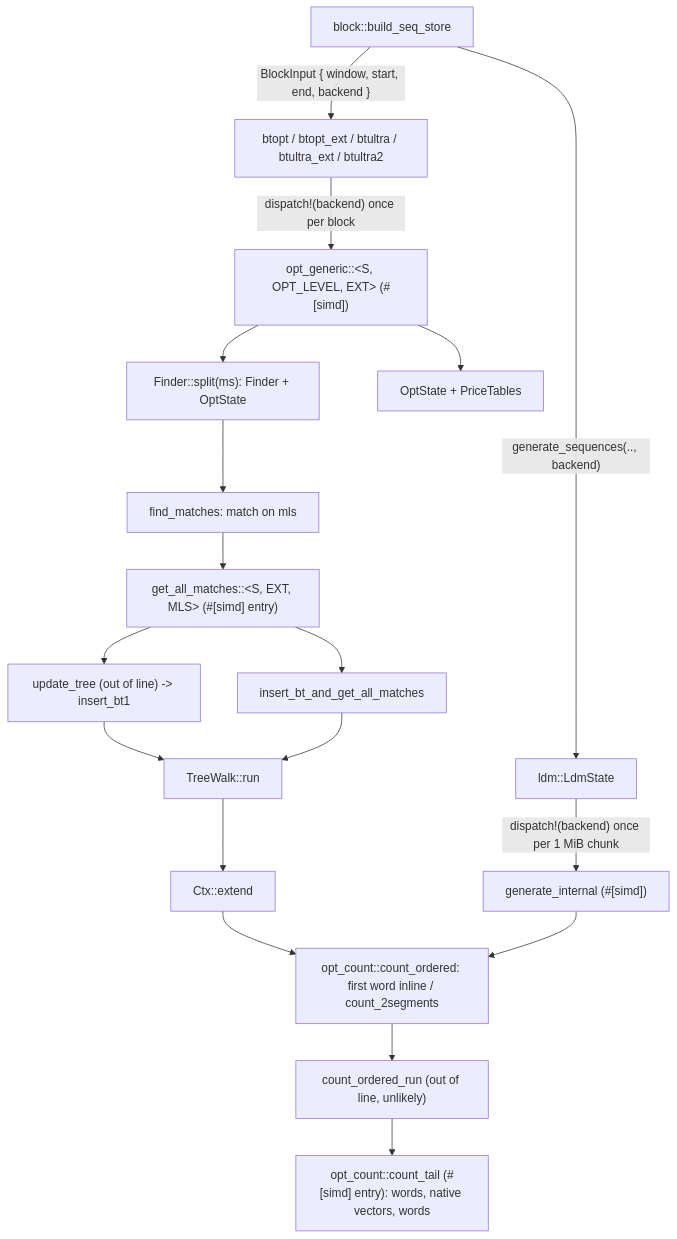
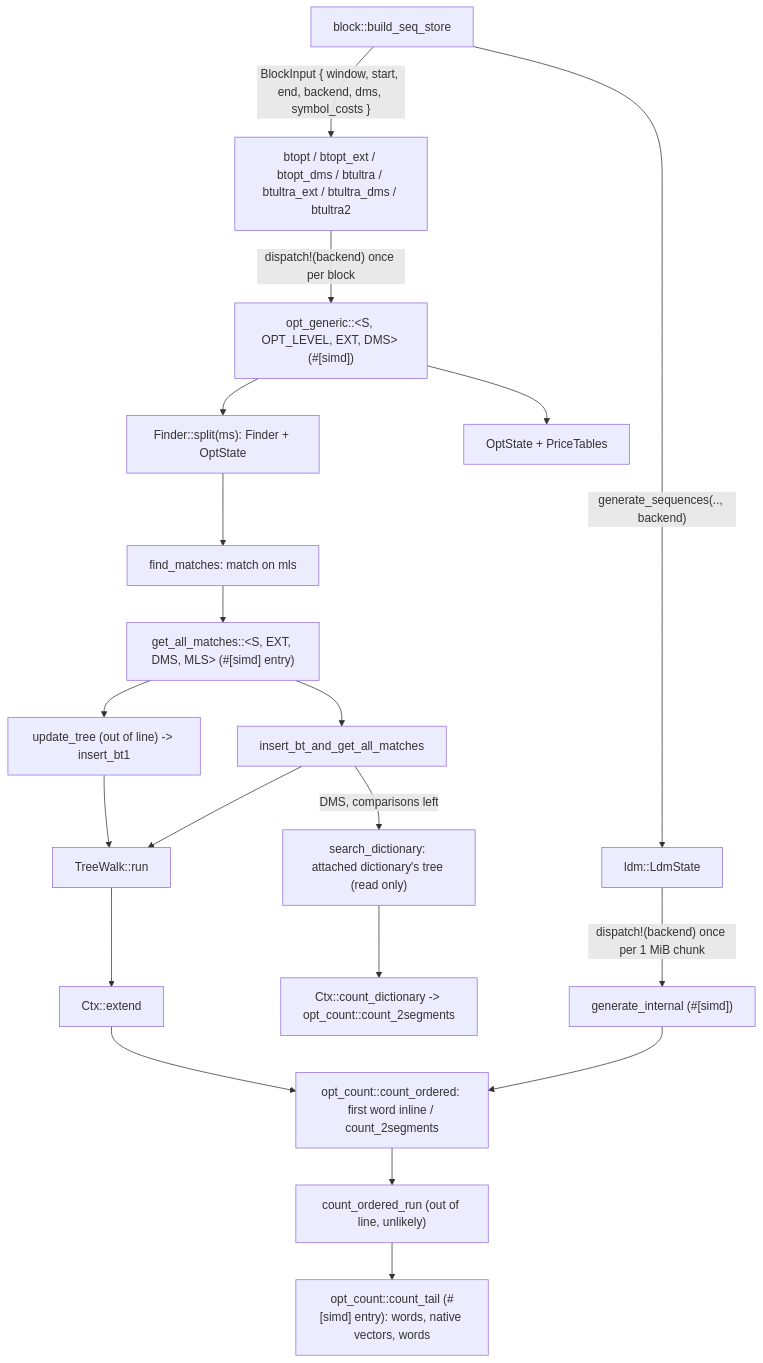
The first of 6 diagrams in architecture/optimal-parser.md (M-Compressors/mzstd), drawn with Mermaid before and after one commit. The commit also changed other lines of this file and 106 other files, not shown here.

````diff
--- a/architecture/optimal-parser.md
+++ b/architecture/optimal-parser.md
@@ -13,20 +13,22 @@
 ```mermaid
 graph TD
-    Block["block::build_seq_store"] -->|"BlockInput { window, start, end, backend }"| Entry["btopt / btopt_ext / btultra / btultra_ext / btultra2"]
+    Block["block::build_seq_store"] -->|"BlockInput { window, start, end, backend, dms, symbol_costs }"| Entry["btopt / btopt_ext / btopt_dms / btultra / btultra_ext / btultra_dms / btultra2"]
     Block -->|"generate_sequences(.., backend)"| Ldm["ldm::LdmState"]
-    Entry -->|"dispatch!(backend) once per block"| Parser["opt_generic::&lt;S, OPT_LEVEL, EXT&gt; (#[simd])"]
+    Entry -->|"dispatch!(backend) once per block"| Parser["opt_generic::&lt;S, OPT_LEVEL, EXT, DMS&gt; (#[simd])"]
     Parser --> Split["Finder::split(ms): Finder + OptState"]
     Split --> Find["find_matches: match on mls"]
-    Find --> Gam["get_all_matches::&lt;S, EXT, MLS&gt; (#[simd] entry)"]
+    Find --> Gam["get_all_matches::&lt;S, EXT, DMS, MLS&gt; (#[simd] entry)"]
     Gam --> Update["update_tree (out of line) -> insert_bt1"]
     Gam --> Search["insert_bt_and_get_all_matches"]
     Update --> Walk["TreeWalk::run"]
     Search --> Walk
     Walk --> Ctx["Ctx::extend"]
+    Search -->|"DMS, comparisons left"| Dict["search_dictionary: attached dictionary's tree (read only)"]
+    Dict --> Count2["Ctx::count_dictionary -> opt_count::count_2segments"]
     Ctx --> Count["opt_count::count_ordered: first word inline / count_2segments"]
     Count --> Run["count_ordered_run (out of line, unlikely)"]
     Run --> Tail["opt_count::count_tail (#[simd] entry): words, native vectors, words"]
     Parser --> Prices["OptState + PriceTables"]
     Ldm -->|"dispatch!(backend) once per 1 MiB chunk"| Gen["generate_internal (#[simd])"]
     Gen --> Count
 ```
````
